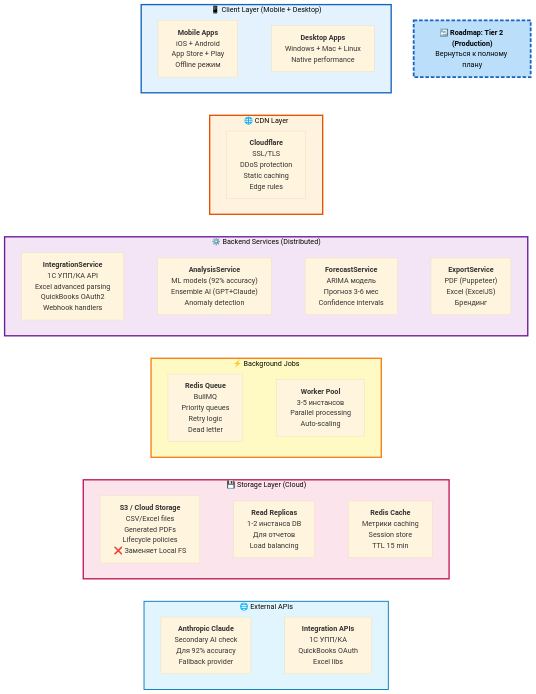
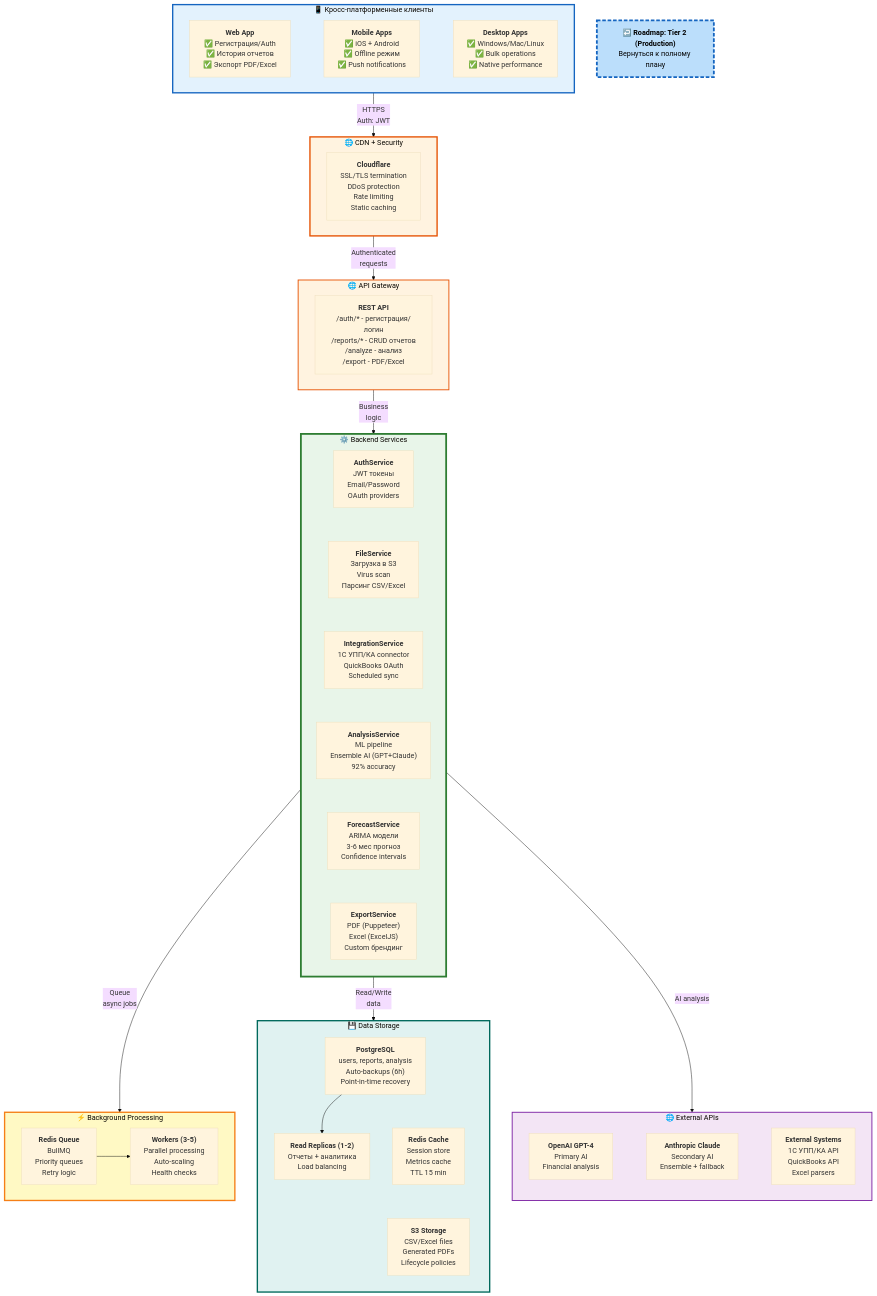
One commit to Ne4to777/financial-ai-analytics changed the diagram in mindmap/diagrams/02b-architecture-tier2.md. Above: the diagram before and after it, drawn with Mermaid (base theme). The commit also changed other lines of this file, not shown here.

First line of the commit message:
refactor: rewrite 02b-architecture-tier2.md in 02a style (full architecture with flow)

````diff
--- a/mindmap/diagrams/02b-architecture-tier2.md
+++ b/mindmap/diagrams/02b-architecture-tier2.md
@@ -9,76 +9,86 @@
 ```mermaid
 graph TB
-    subgraph newClients ["📱 Client Layer (Mobile + Desktop)"]
+    subgraph clients ["📱 Кросс-платформенные клиенты"]
         direction LR
-        mobile["<b>Mobile Apps</b><br/>iOS + Android<br/>App Store + Play<br/>Offline режим"]
-        desktop["<b>Desktop Apps</b><br/>Windows + Mac + Linux<br/>Native performance"]
+        web["<b>Web App</b><br/>✅ Регистрация/Auth<br/>✅ История отчетов<br/>✅ Экспорт PDF/Excel"]
+        mobile["<b>Mobile Apps</b><br/>✅ iOS + Android<br/>✅ Offline режим<br/>✅ Push notifications"]
+        desktop["<b>Desktop Apps</b><br/>✅ Windows/Mac/Linux<br/>✅ Bulk operations<br/>✅ Native performance"]
         
-        mobile ~~~ desktop
+        web ~~~ mobile ~~~ desktop
     end
     
-    newClients ~~~ cdn
+    clients -->|"HTTPS<br/>Auth: JWT"| cdn
     
-    subgraph cdn ["🌐 CDN Layer"]
+    subgraph cdn ["🌐 CDN + Security"]
         direction LR
-        cloudflare["<b>Cloudflare</b><br/>SSL/TLS<br/>DDoS protection<br/>Static caching<br/>Edge rules"]
+        cloudflare["<b>Cloudflare</b><br/>SSL/TLS termination<br/>DDoS protection<br/>Rate limiting<br/>Static caching"]
     end
     
-    cdn ~~~ newServices
+    cdn -->|"Authenticated<br/>requests"| api
     
-    subgraph newServices ["⚙️ Backend Services (Distributed)"]
+    subgraph api ["🌐 API Gateway"]
         direction LR
+        gateway["<b>REST API</b><br/>/auth/* - регистрация/логин<br/>/reports/* - CRUD отчетов<br/>/analyze - анализ<br/>/export - PDF/Excel"]
+    end
+    
+    api -->|"Business<br/>logic"| services
+    
+    subgraph services ["⚙️ Backend Services"]
+        direction TB
         
-        integration["<b>IntegrationService</b><br/>1C УПП/КА API<br/>Excel advanced parsing<br/>QuickBooks OAuth2<br/>Webhook handlers"]
-        analysis["<b>AnalysisService</b><br/>ML models (92% accuracy)<br/>Ensemble AI (GPT+Claude)<br/>Anomaly detection"]
-        forecast["<b>ForecastService</b><br/>ARIMA модель<br/>Прогноз 3-6 мес<br/>Confidence intervals"]
-        export["<b>ExportService</b><br/>PDF (Puppeteer)<br/>Excel (ExcelJS)<br/>Брендинг"]
+        auth["<b>AuthService</b><br/>JWT токены<br/>Email/Password<br/>OAuth providers"]
+        file["<b>FileService</b><br/>Загрузка в S3<br/>Virus scan<br/>Парсинг CSV/Excel"]
+        integration["<b>IntegrationService</b><br/>1C УПП/КА connector<br/>QuickBooks OAuth<br/>Scheduled sync"]
+        analysis["<b>AnalysisService</b><br/>ML pipeline<br/>Ensemble AI (GPT+Claude)<br/>92% accuracy"]
+        forecast["<b>ForecastService</b><br/>ARIMA модели<br/>3-6 мес прогноз<br/>Confidence intervals"]
+        export["<b>ExportService</b><br/>PDF (Puppeteer)<br/>Excel (ExcelJS)<br/>Custom брендинг"]
         
+        auth ~~~ file ~~~ integration
         integration ~~~ analysis ~~~ forecast ~~~ export
     end
     
-    newServices ~~~ queue
+    services -->|"Queue<br/>async jobs"| queue
+    services -->|"Read/Write<br/>data"| storage
+    services -->|"AI analysis"| external
     
-    subgraph queue ["⚡ Background Jobs"]
+    subgraph queue ["⚡ Background Processing"]
         direction LR
+        redis["<b>Redis Queue</b><br/>BullMQ<br/>Priority queues<br/>Retry logic"]
+        workers["<b>Workers (3-5)</b><br/>Parallel processing<br/>Auto-scaling<br/>Health checks"]
         
-        redis["<b>Redis Queue</b><br/>BullMQ<br/>Priority queues<br/>Retry logic<br/>Dead letter"]
-        workers["<b>Worker Pool</b><br/>3-5 инстансов<br/>Parallel processing<br/>Auto-scaling"]
-        
-        redis ~~~ workers
+        redis --> workers
     end
     
-    queue ~~~ newStorage
-    
-    subgraph newStorage ["💾 Storage Layer (Cloud)"]
-        direction LR
+    subgraph storage ["💾 Data Storage"]
+        direction TB
+        db["<b>PostgreSQL</b><br/>users, reports, analysis<br/>Auto-backups (6h)<br/>Point-in-time recovery"]
+        replicas["<b>Read Replicas (1-2)</b><br/>Отчеты + аналитика<br/>Load balancing"]
+        cache["<b>Redis Cache</b><br/>Session store<br/>Metrics cache<br/>TTL 15 min"]
+        s3["<b>S3 Storage</b><br/>CSV/Excel files<br/>Generated PDFs<br/>Lifecycle policies"]
         
-        s3["<b>S3 / Cloud Storage</b><br/>CSV/Excel files<br/>Generated PDFs<br/>Lifecycle policies<br/>❌ Заменяет Local FS"]
-        replicas["<b>Read Replicas</b><br/>1-2 инстанса DB<br/>Для отчетов<br/>Load balancing"]
-        cache["<b>Redis Cache</b><br/>Метрики caching<br/>Session store<br/>TTL 15 min"]
-        
-        s3 ~~~ replicas ~~~ cache
+        db --> replicas
+        db ~~~ cache ~~~ s3
     end
     
-    newStorage ~~~ newExternal
-    
-    subgraph newExternal ["🌐 External APIs"]
+    subgraph external ["🌐 External APIs"]
         direction LR
+        gpt["<b>OpenAI GPT-4</b><br/>Primary AI<br/>Financial analysis"]
+        claude["<b>Anthropic Claude</b><br/>Secondary AI<br/>Ensemble + fallback"]
+        integrations["<b>External Systems</b><br/>1C УПП/КА API<br/>QuickBooks API<br/>Excel parsers"]
         
-        claude["<b>Anthropic Claude</b><br/>Secondary AI check<br/>Для 92% accuracy<br/>Fallback provider"]
-        integrations["<b>Integration APIs</b><br/>1C УПП/КА<br/>QuickBooks OAuth<br/>Excel libs"]
-        
-        claude ~~~ integrations
+        gpt ~~~ claude ~~~ integrations
     end
     
     phase2Nav["↩️ <b>Roadmap: Tier 2 (Production)</b><br/>Вернуться к полному плану"]
     
     click phase2Nav "?diagram=10" "Вернуться к Roadmap"
     
-    style newClients fill:#e3f2fd,stroke:#1565c0,stroke-width:3px
+    style clients fill:#e3f2fd,stroke:#1565c0,stroke-width:3px
     style cdn fill:#fff3e0,stroke:#e65100,stroke-width:3px
-    style newServices fill:#f3e5f5,stroke:#6a1b9a,stroke-width:3px
+    style api fill:#fff3e0,stroke:#e65100,stroke-width:2px
+    style services fill:#e8f5e9,stroke:#2e7d32,stroke-width:4px
     style queue fill:#fff9c4,stroke:#f57f17,stroke-width:3px
-    style newStorage fill:#fce4ec,stroke:#c2185b,stroke-width:3px
-    style newExternal fill:#e1f5fe,stroke:#0277bd,stroke-width:2px
+    style storage fill:#e0f2f1,stroke:#00695c,stroke-width:3px
+    style external fill:#f3e5f5,stroke:#7b1fa2,stroke-width:2px
     style phase2Nav fill:#bbdefb,stroke:#1565c0,stroke-width:4px,stroke-dasharray: 8 4,cursor:pointer,color:#000
 ```
````
